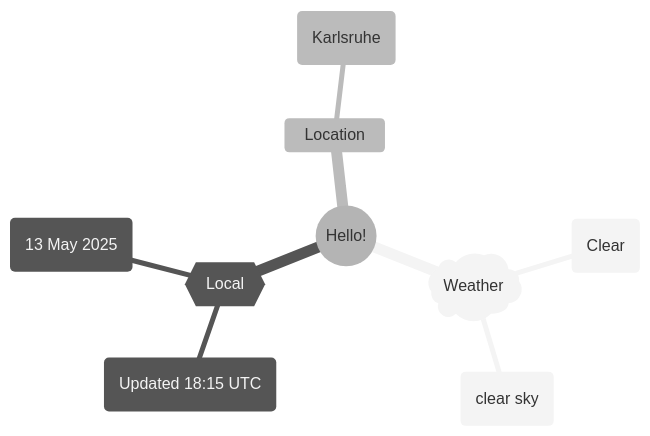
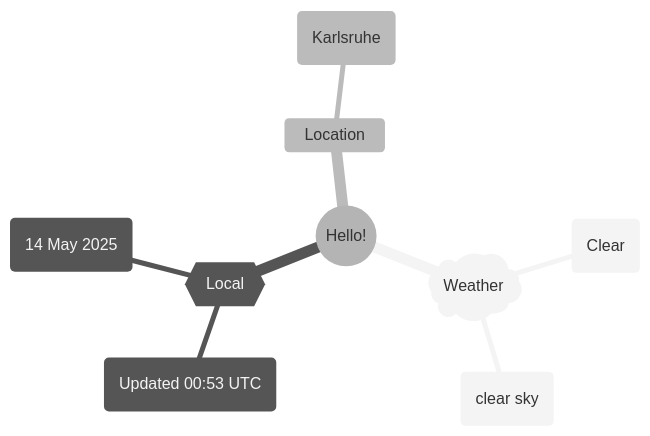
The first of 2 diagrams in README.md (Xosrov/Xosrov), drawn with Mermaid (neutral theme) before and after one commit.

Commit message:
[bot] updated images

````diff
--- a/README.md
+++ b/README.md
@@ -3,12 +3,12 @@
 ```mermaid
 mindmap
   root((Hello!))
     )Weather(
         (Clear)
         (clear sky)
     {{Local}}
-        (Updated 18:15 UTC)
-        (13 May 2025)
+        (Updated 00:53 UTC)
+        (14 May 2025)
     Location
         (Karlsruhe)
 ```
````
